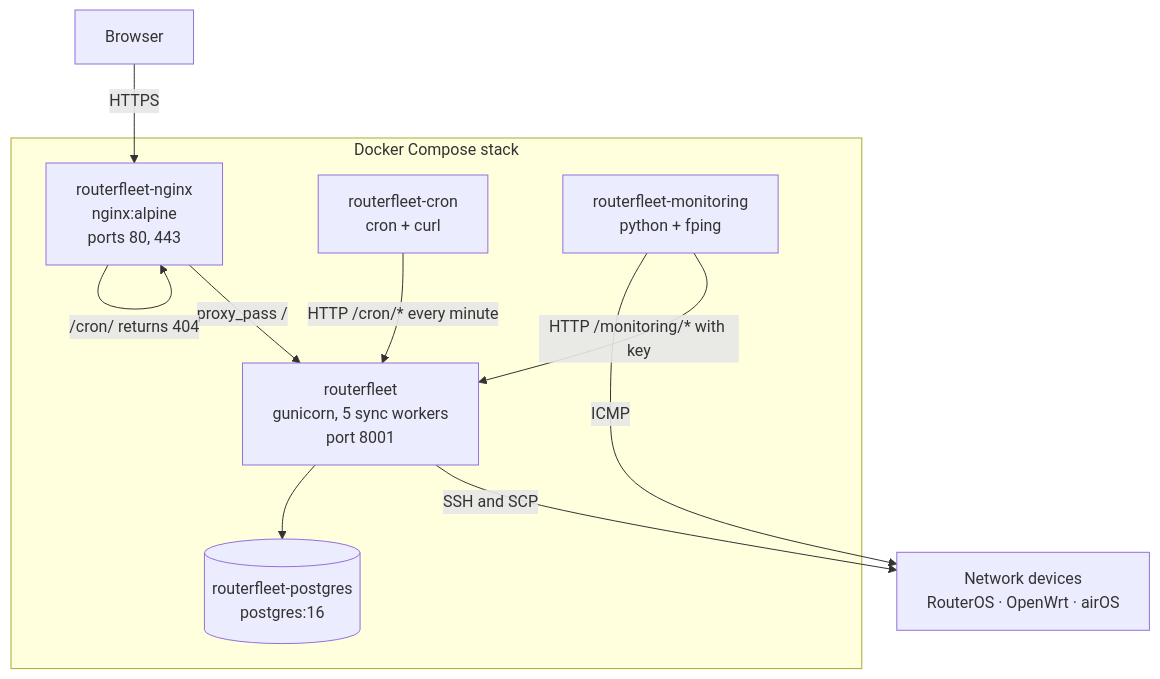
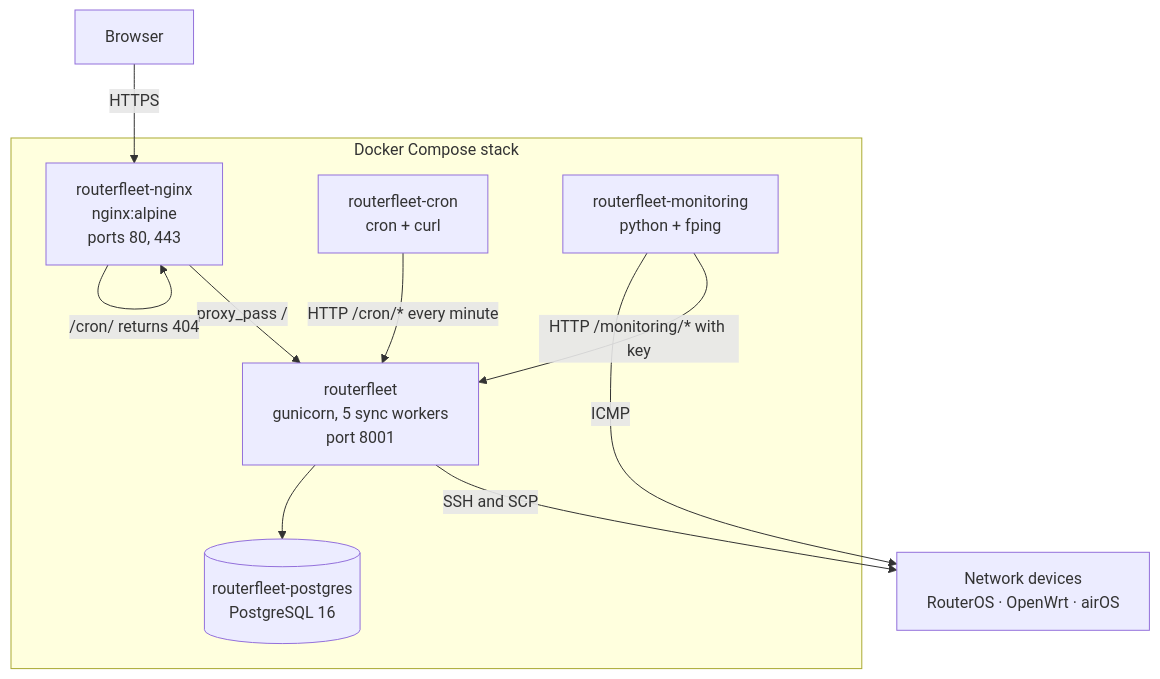
Before and after one commit to alessiobravi/routerfleet_improved: the first of 4 diagrams in docs/architecture.md, drawn with Mermaid. The commit also changed 2455 other files, not shown here.

````diff
--- a/docs/architecture.md
+++ b/docs/architecture.md
@@ -6,23 +6,23 @@
 ```mermaid
 flowchart TB
     browser["Browser"]
     devices["Network devices<br/>RouterOS · OpenWrt · airOS"]
 
     subgraph stack["Docker Compose stack"]
         nginx["routerfleet-nginx<br/>nginx:alpine<br/>ports 80, 443"]
         app["routerfleet<br/>gunicorn, 5 sync workers<br/>port 8001"]
         cron["routerfleet-cron<br/>cron + curl"]
         mon["routerfleet-monitoring<br/>python + fping"]
-        db[("routerfleet-postgres<br/>postgres:16")]
+        db[("routerfleet-postgres<br/>PostgreSQL 16")]
     end
 
     browser -->|HTTPS| nginx
     nginx -->|"proxy_pass /"| app
     nginx -->|"/static/ from volume"| nginx
     nginx -->|"/cron/ returns 404"| nginx
     cron -->|"HTTP /cron/* every minute"| app
     mon -->|"HTTP /monitoring/* with key"| app
     mon -->|ICMP| devices
     app -->|"SSH and SCP"| devices
     app --> db
 ```
````
